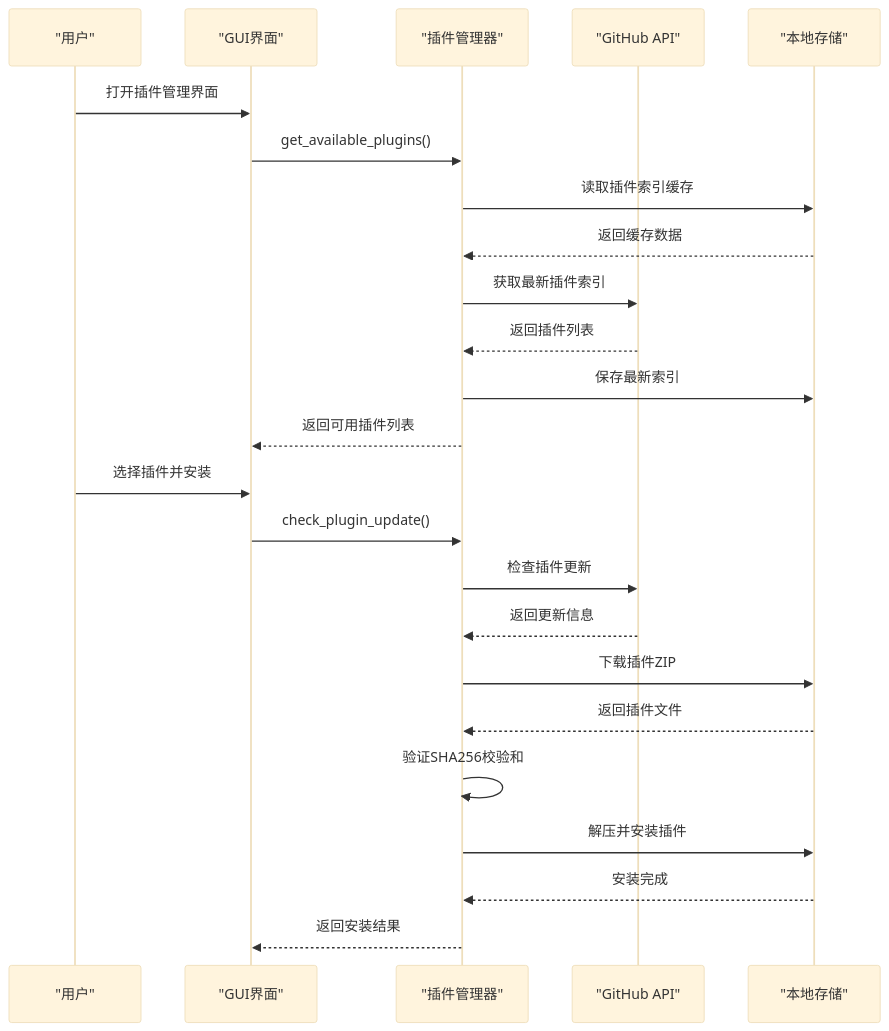
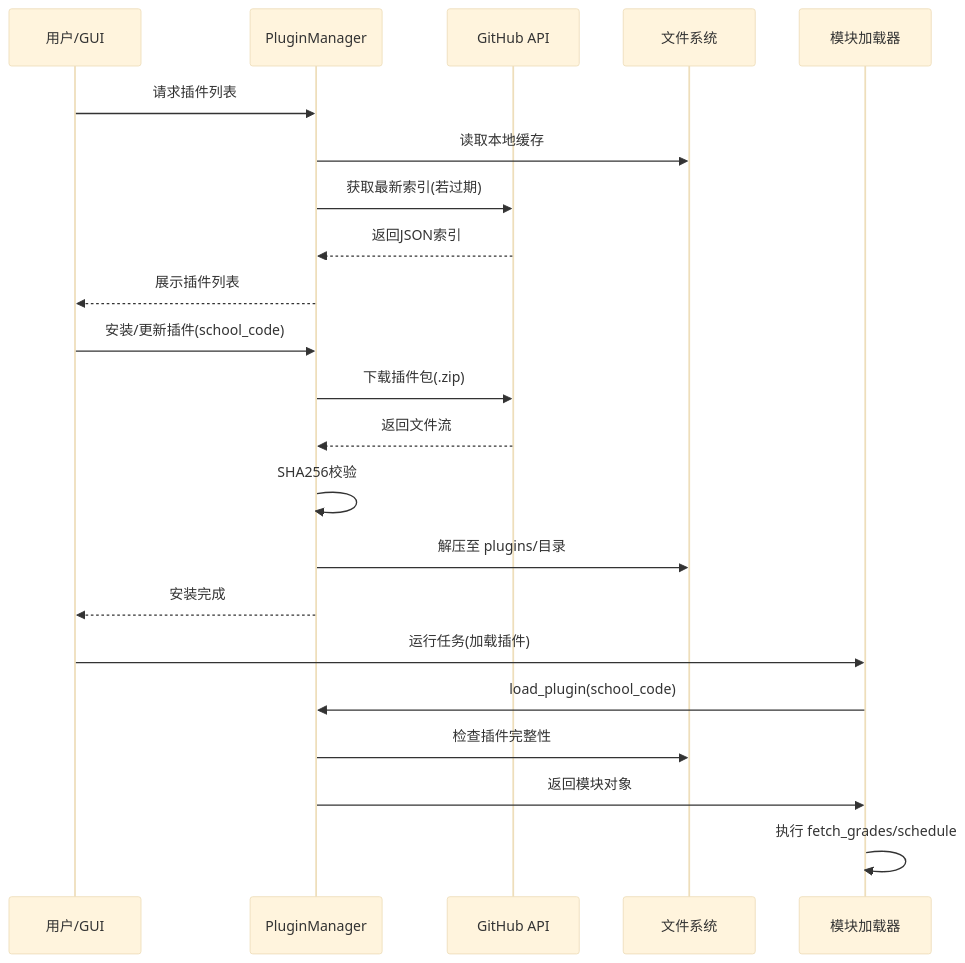
Before and after one commit to pjnt9372/Capture_Push: the second of 2 diagrams in .wiki/zh/content/院校模块系统/院校模块系统.md, drawn with Mermaid (base theme). The commit also changed other lines of this file and 37 other files, not shown here.

````diff
--- a/.wiki/zh/content/院校模块系统/院校模块系统.md
+++ b/.wiki/zh/content/院校模块系统/院校模块系统.md
@@ -156,26 +104,27 @@
 ```mermaid
 sequenceDiagram
-participant User as "用户"
-participant GUI as "GUI界面"
-participant PM as "插件管理器"
-participant GitHub as "GitHub API"
-participant Local as "本地存储"
-User->>GUI : 打开插件管理界面
-GUI->>PM : get_available_plugins()
-PM->>Local : 读取插件索引缓存
-Local-->>PM : 返回缓存数据
-PM->>GitHub : 获取最新插件索引
-GitHub-->>PM : 返回插件列表
-PM->>Local : 保存最新索引
-PM-->>GUI : 返回可用插件列表
-User->>GUI : 选择插件并安装
-GUI->>PM : check_plugin_update()
-PM->>GitHub : 检查插件更新
-GitHub-->>PM : 返回更新信息
-PM->>Local : 下载插件ZIP
-Local-->>PM : 返回插件文件
-PM->>PM : 验证SHA256校验和
-PM->>Local : 解压并安装插件
-Local-->>PM : 安装完成
-PM-->>GUI : 返回安装结果
+participant User as 用户/GUI
+participant PM as PluginManager
+participant GH as GitHub API
+participant FS as 文件系统
+participant Loader as 模块加载器
+
+User->>PM: 请求插件列表
+PM->>FS: 读取本地缓存
+PM->>GH: 获取最新索引(若过期)
+GH-->>PM: 返回JSON索引
+PM-->>User: 展示插件列表
+
+User->>PM: 安装/更新插件(school_code)
+PM->>GH: 下载插件包(.zip)
+GH-->>PM: 返回文件流
+PM->>PM: SHA256校验
+PM->>FS: 解压至 plugins/目录
+PM-->>User: 安装完成
+
+User->>Loader: 运行任务(加载插件)
+Loader->>PM: load_plugin(school_code)
+PM->>FS: 检查插件完整性
+PM->>Loader: 返回模块对象
+Loader->>Loader: 执行 fetch_grades/schedule
 ```
````
